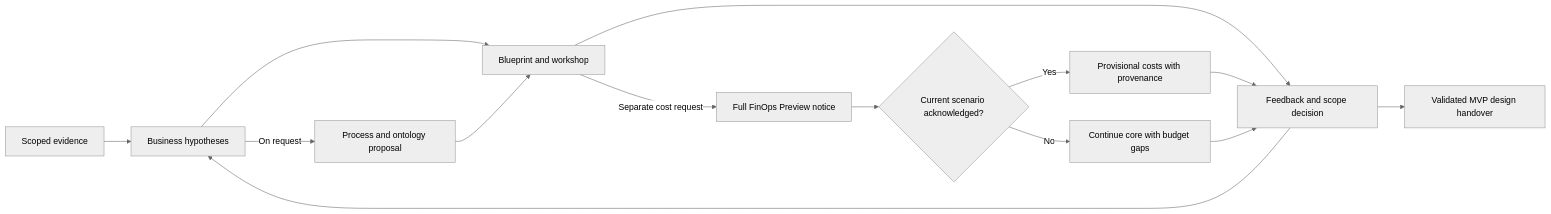
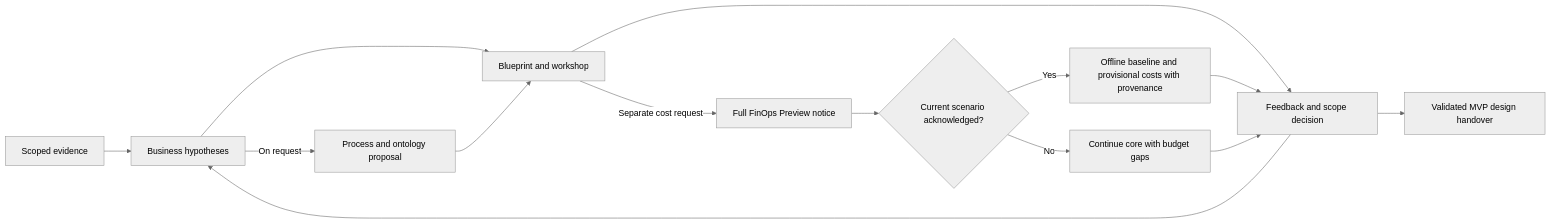
The diagram in README.md (urruegg/frontier-envisioning), drawn with Mermaid (neutral theme) before and after one commit. The commit also changed other lines of this file and 9 other files, not shown here.

````diff
--- a/README.md
+++ b/README.md
@@ -49,16 +50,16 @@
 ```mermaid
 flowchart LR
     E[Scoped evidence] --> H[Business hypotheses]
     H --> B[Blueprint and workshop]
     B --> F[Feedback and scope decision]
     F --> D[Validated MVP design handover]
     F --> H
     H -->|On request| O[Process and ontology proposal]
     O --> B
     B -->|Separate cost request| N[Full FinOps Preview notice]
     N --> A{Current scenario acknowledged?}
-    A -->|Yes| P[Provisional costs with provenance]
+    A -->|Yes| P[Offline baseline and provisional costs with provenance]
     A -->|No| G[Continue core with budget gaps]
     P --> F
     G --> F
 ```
````
